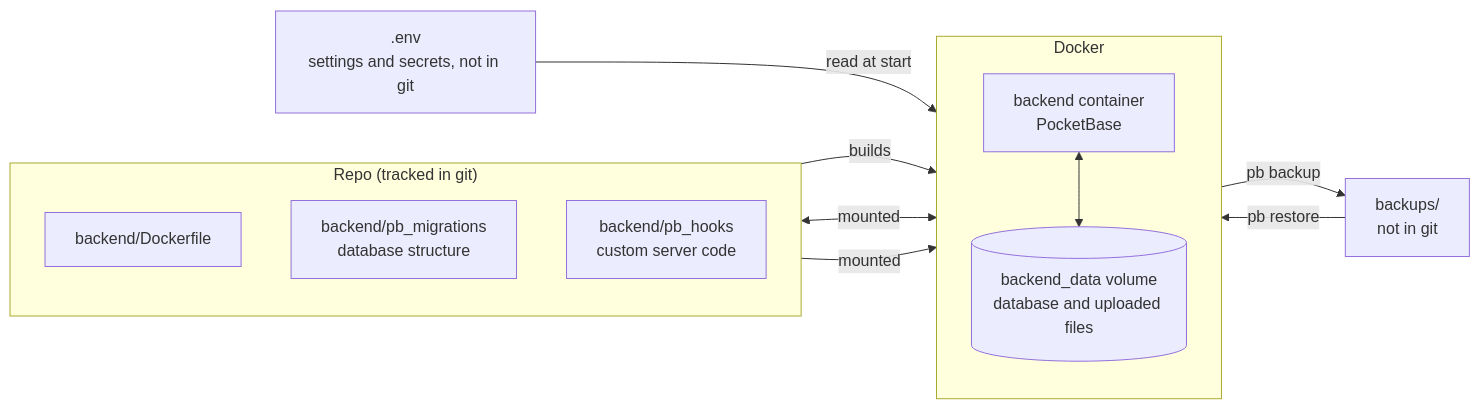
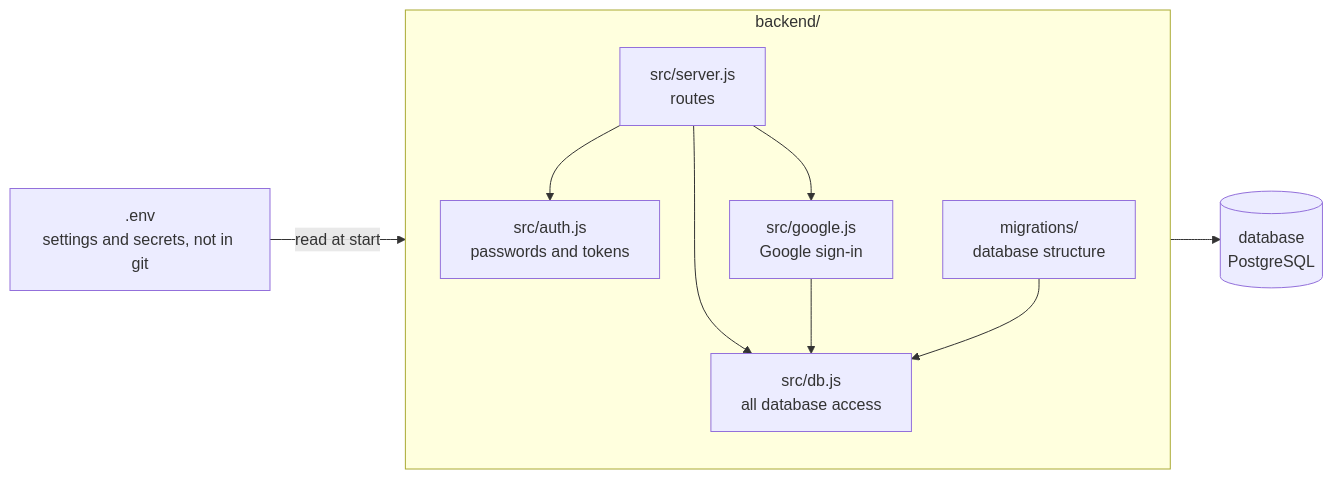
One commit to biruklarebo/veylith changed the first of 6 diagrams in docs/backend.md. Above: the diagram before and after it, drawn with Mermaid. The commit also changed other lines of this file and 33 other files, not shown here.

````diff
--- a/docs/backend.md
+++ b/docs/backend.md
@@ -16,26 +13,23 @@
 ```mermaid
 flowchart LR
-    subgraph repo["Repo (tracked in git)"]
+    env[".env<br/>settings and secrets, not in git"]
+
+    subgraph backend["backend/"]
         direction TB
-        dockerfile["backend/Dockerfile"]
-        migrations["backend/pb_migrations<br/>database structure"]
-        hooks["backend/pb_hooks<br/>custom server code"]
+        server["src/server.js<br/>routes"]
+        auth["src/auth.js<br/>passwords and tokens"]
+        google["src/google.js<br/>Google sign-in"]
+        db["src/db.js<br/>all database access"]
+        migrations["migrations/<br/>database structure"]
     end
 
-    subgraph docker["Docker"]
-        direction TB
-        container["backend container<br/>PocketBase"]
-        volume[("backend_data volume<br/>database and uploaded files")]
-    end
+    database[("database<br/>PostgreSQL")]
 
-    backups["backups/<br/>not in git"]
-    env[".env<br/>settings and secrets, not in git"]
-
-    env -- "read at start" --> container
-    dockerfile -- builds --> container
-    migrations <-- mounted --> container
-    hooks -- mounted --> container
-    container <--> volume
-    volume -- "pb backup" --> backups
-    backups -- "pb restore" --> volume
+    env -- "read at start" --> backend
+    server --> auth
+    server --> google
+    server --> db
+    google --> db
+    migrations --> db
+    db --> database
 ```
````
